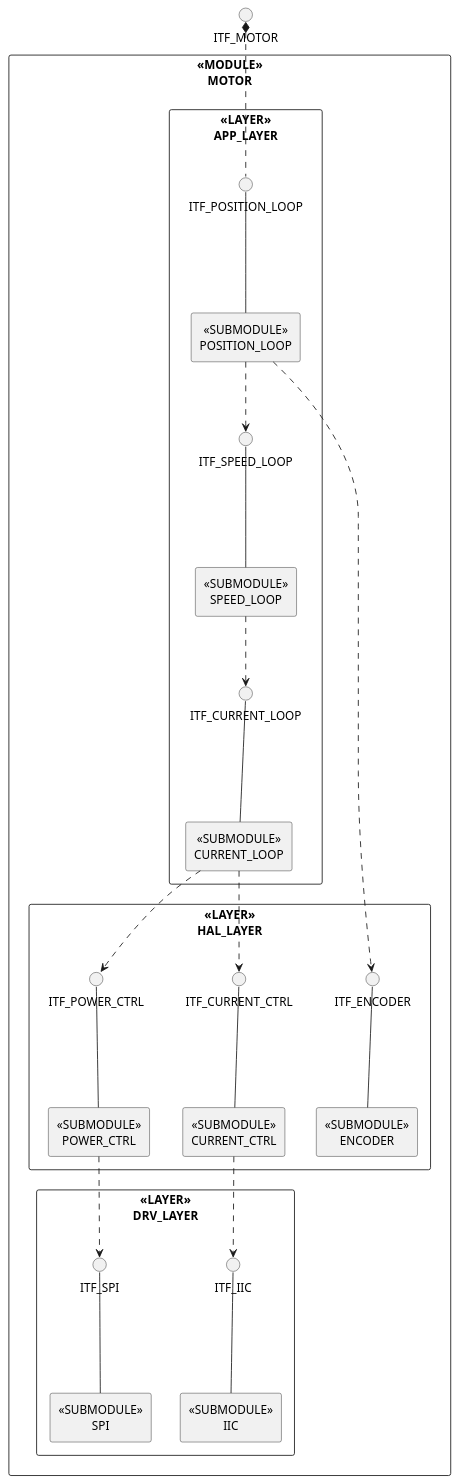
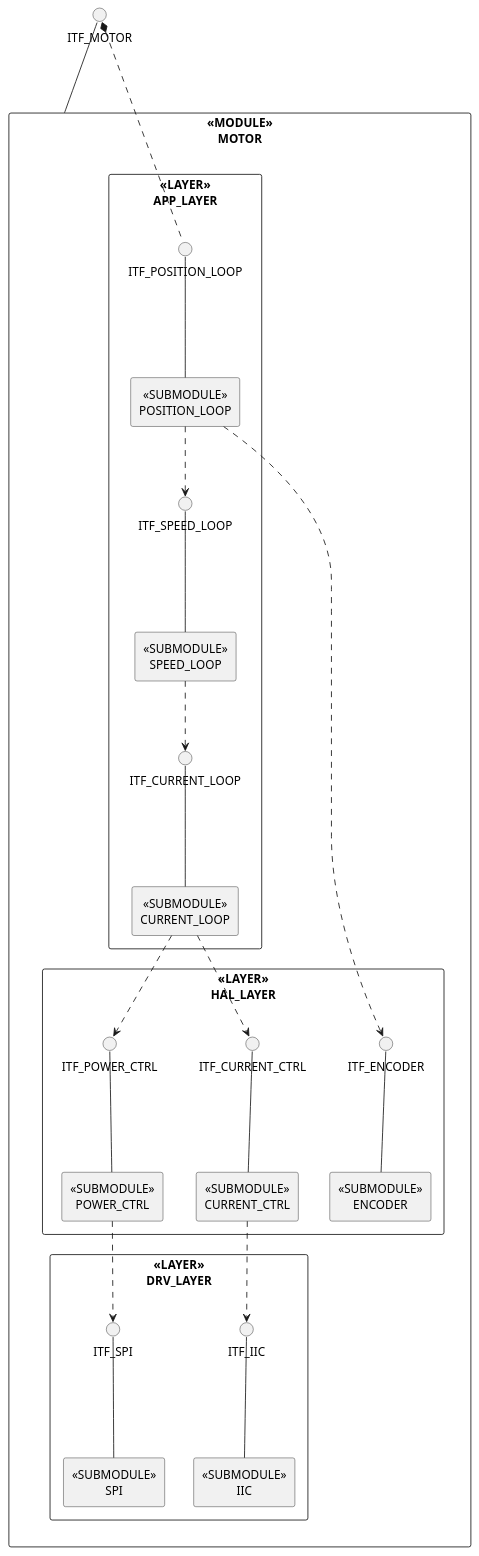
The diagram in template/logic-view.md (IPCHIFUNG/sys-design-cli), drawn with PlantUML before and after one commit. The commit also changed 3 other files, not shown here.

Commit message:
支持上下文图及概念模型图的生成

````diff
--- a/template/logic-view.md
+++ b/template/logic-view.md
@@ -3,71 +3,71 @@
 ```plantuml
 @startuml
 
 top to bottom direction
 skinparam defaultTextAlignment center
 
 interface ITF_MOTOR
 
 rectangle "<<MODULE>>\nMOTOR" as MOTOR {
 
     rectangle "<<LAYER>>\nAPP_LAYER" as APP_LAYER {
 
         interface ITF_POSITION_LOOP
         rectangle "<<SUBMODULE>>\nPOSITION_LOOP" as POSITION_LOOP
 
         interface ITF_SPEED_LOOP
         rectangle "<<SUBMODULE>>\nSPEED_LOOP" as SPEED_LOOP
 
         interface ITF_CURRENT_LOOP
         rectangle "<<SUBMODULE>>\nCURRENT_LOOP" as CURRENT_LOOP
 
         ITF_POSITION_LOOP --- POSITION_LOOP
         ITF_SPEED_LOOP --- SPEED_LOOP
         ITF_CURRENT_LOOP --- CURRENT_LOOP
 
         POSITION_LOOP ..> ITF_SPEED_LOOP
         SPEED_LOOP ..> ITF_CURRENT_LOOP
 
     }
 
     rectangle "<<LAYER>>\nHAL_LAYER" as HAL_LAYER {
 
         interface ITF_ENCODER
         rectangle "<<SUBMODULE>>\nENCODER" as ENCODER
 
         interface ITF_CURRENT_CTRL
         rectangle "<<SUBMODULE>>\nCURRENT_CTRL" as CURRENT_CTRL
 
         interface ITF_POWER_CTRL
         rectangle "<<SUBMODULE>>\nPOWER_CTRL" as POWER_CTRL
 
         ITF_ENCODER --- ENCODER
         ITF_CURRENT_CTRL --- CURRENT_CTRL
         ITF_POWER_CTRL --- POWER_CTRL
 
     }
 
     rectangle "<<LAYER>>\nDRV_LAYER" as DRV_LAYER {
 
         interface ITF_IIC
         rectangle "<<SUBMODULE>>\nIIC" as IIC
 
         interface ITF_SPI
         rectangle "<<SUBMODULE>>\nSPI" as SPI
 
         ITF_IIC --- IIC
         ITF_SPI --- SPI
     }
 
     POSITION_LOOP ..> ITF_ENCODER
     CURRENT_LOOP ..> ITF_CURRENT_CTRL
     CURRENT_LOOP ..> ITF_POWER_CTRL
     POWER_CTRL ..> ITF_SPI
     CURRENT_CTRL ..> ITF_IIC
 
 }
-
+ITF_MOTOR --- MOTOR
 ITF_MOTOR *.. ITF_POSITION_LOOP
 
 @enduml
 ```
````
